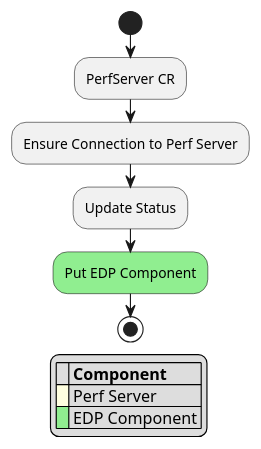
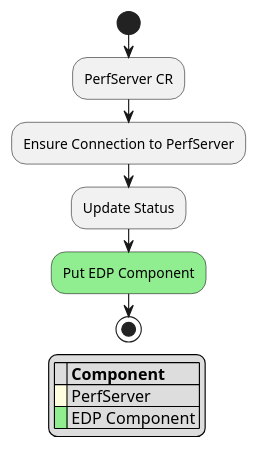
One commit to epam/edp-perf-operator changed the diagram in documentation/puml/perf_server_chain.puml. Above: the diagram before and after it, drawn with PlantUML. The commit also changed 7 other files, not shown here.

```diff
--- a/documentation/puml/perf_server_chain.puml
+++ b/documentation/puml/perf_server_chain.puml
@@ -1,14 +1,14 @@
 @startuml
 start
 :PerfServer CR;
-:Ensure Connection to Perf Server;
+:Ensure Connection to PerfServer;
 :Update Status;
 #lightgreen:Put EDP Component;
 stop
 
 legend
 |= |= Component |
-|<back:#lightyellow>   </back>| Perf Server |
+|<back:#lightyellow>   </back>| PerfServer |
 |<back:#lightgreen>   </back>| EDP Component |
 endlegend
 @enduml
```
